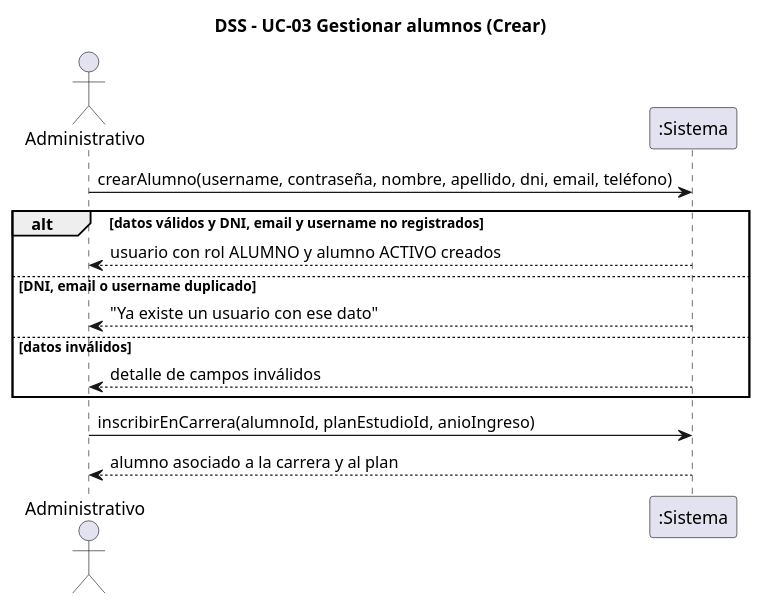
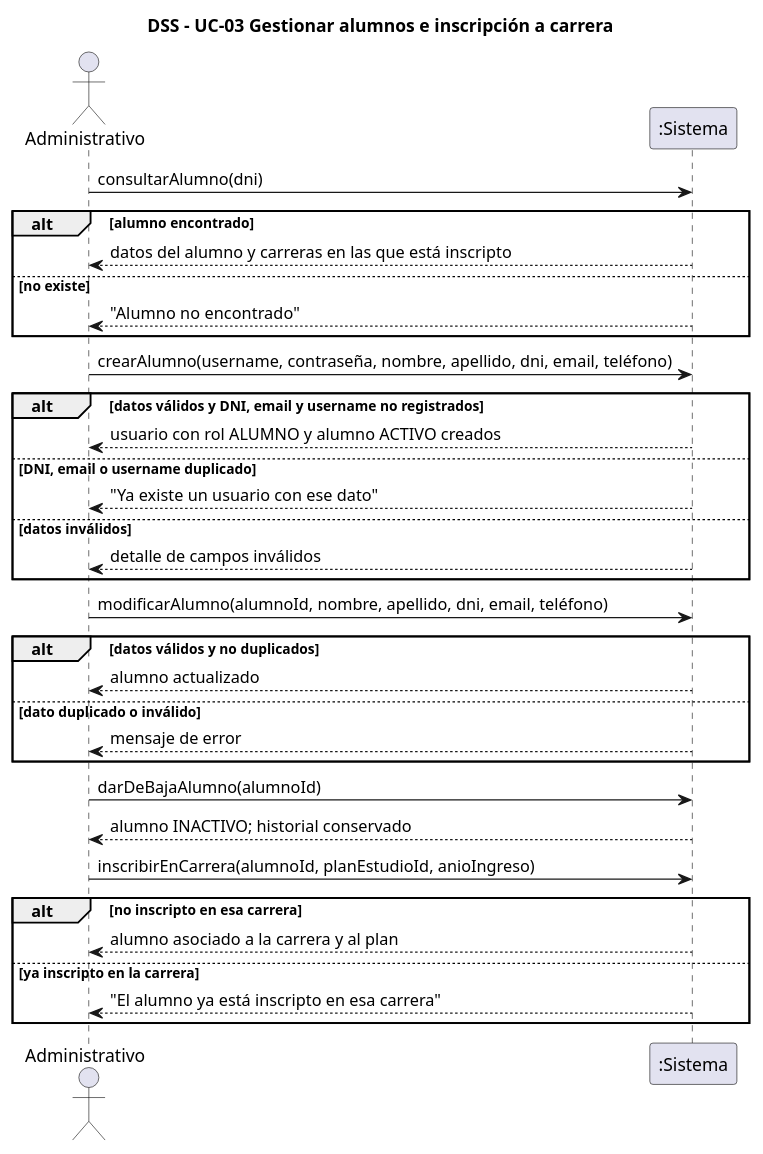
Before and after one commit to ISMAELALTHENOFER/BACKOFFICE-ACADEMICO-ITEC-N-1: the diagram in document/diagramas/12-dss-crear-alumno.puml, drawn with PlantUML. The commit also changed 121 other files, not shown here.

First line of the commit message:
docs: completar casos de uso, diagramas de secuencia, contratos e historias de usuario

```diff
--- a/document/diagramas/12-dss-crear-alumno.puml
+++ b/document/diagramas/12-dss-crear-alumno.puml
@@ -1,16 +1,34 @@
 @startuml dss-crear-alumno
 skinparam shadowing false
-title DSS - UC-03 Gestionar alumnos (Crear)
+title DSS - UC-03 Gestionar alumnos e inscripción a carrera
 actor "Administrativo" as U
 participant ":Sistema" as S
+U -> S : consultarAlumno(dni)
+alt alumno encontrado
+  S --> U : datos del alumno y carreras en las que está inscripto
+else no existe
+  S --> U : "Alumno no encontrado"
+end
 U -> S : crearAlumno(username, contraseña, nombre, apellido, dni, email, teléfono)
 alt datos válidos y DNI, email y username no registrados
   S --> U : usuario con rol ALUMNO y alumno ACTIVO creados
 else DNI, email o username duplicado
   S --> U : "Ya existe un usuario con ese dato"
 else datos inválidos
   S --> U : detalle de campos inválidos
 end
+U -> S : modificarAlumno(alumnoId, nombre, apellido, dni, email, teléfono)
+alt datos válidos y no duplicados
+  S --> U : alumno actualizado
+else dato duplicado o inválido
+  S --> U : mensaje de error
+end
+U -> S : darDeBajaAlumno(alumnoId)
+S --> U : alumno INACTIVO; historial conservado
 U -> S : inscribirEnCarrera(alumnoId, planEstudioId, anioIngreso)
-S --> U : alumno asociado a la carrera y al plan
+alt no inscripto en esa carrera
+  S --> U : alumno asociado a la carrera y al plan
+else ya inscripto en la carrera
+  S --> U : "El alumno ya está inscripto en esa carrera"
+end
 @enduml
```
